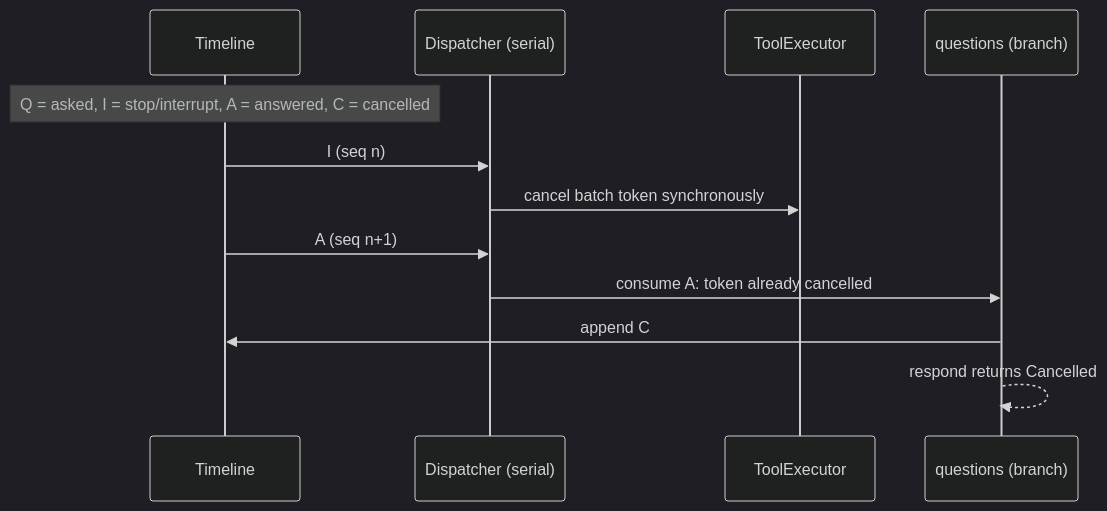
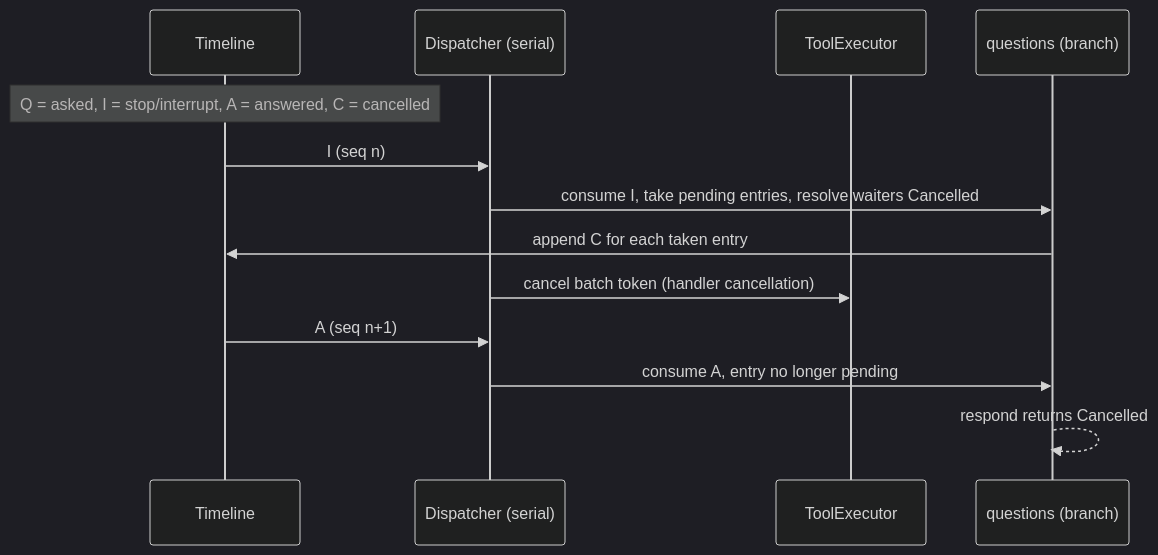
One commit to CoutinhoTTS/dim-agent changed the fifth of 6 diagrams in docs/design/plugins/Questions.md. Above: the diagram before and after it, drawn with Mermaid (dark theme). The commit also changed other lines of this file and 42 other files, not shown here.

````diff
--- a/docs/design/plugins/Questions.md
+++ b/docs/design/plugins/Questions.md
@@ -138,14 +140,15 @@
 ```mermaid
 sequenceDiagram
   participant TL as Timeline
   participant D as Dispatcher (serial)
   participant TE as ToolExecutor
   participant Q as questions (branch)
   Note over TL: Q = asked, I = stop/interrupt, A = answered, C = cancelled
   TL->>D: I (seq n)
-  D->>TE: cancel batch token synchronously
+  D->>Q: consume I, take pending entries, resolve waiters Cancelled
+  Q->>TL: append C for each taken entry
+  D->>TE: cancel batch token (handler cancellation)
   TL->>D: A (seq n+1)
-  D->>Q: consume A: token already cancelled
-  Q->>TL: append C
+  D->>Q: consume A, entry no longer pending
   Q-->>Q: respond returns Cancelled
 ```
````
